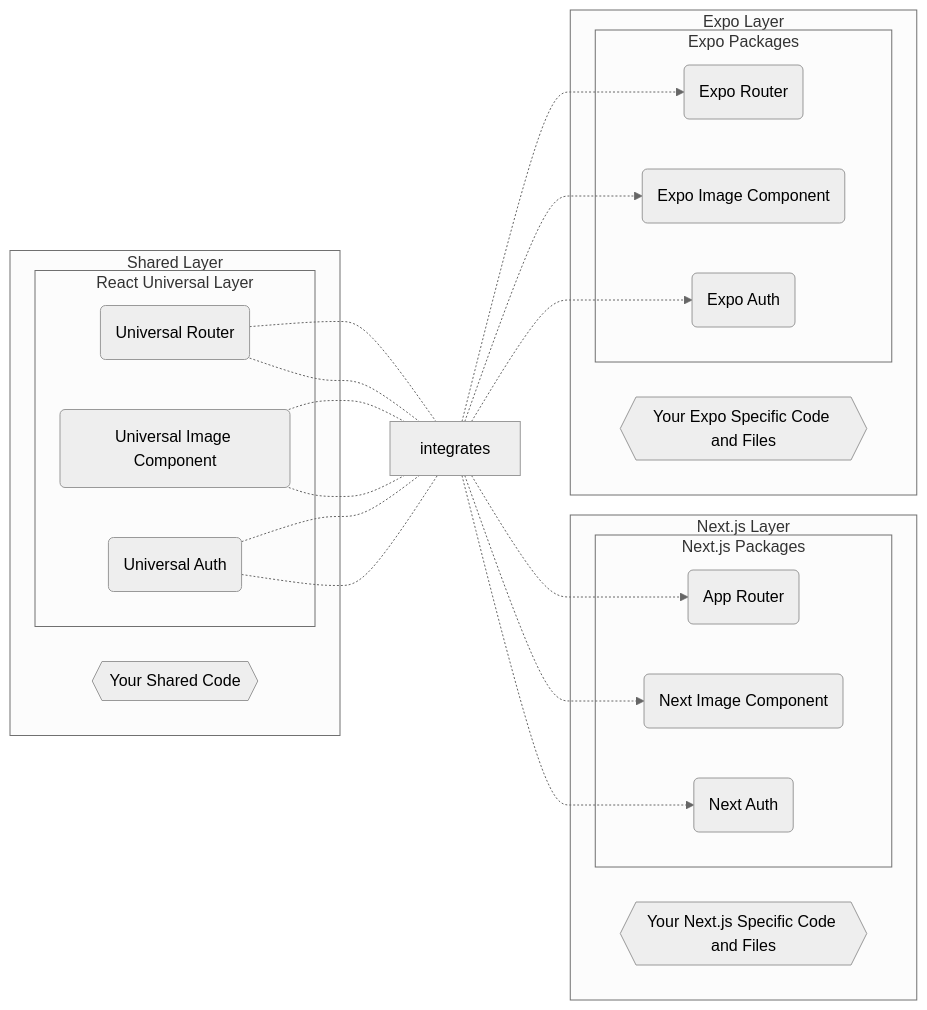
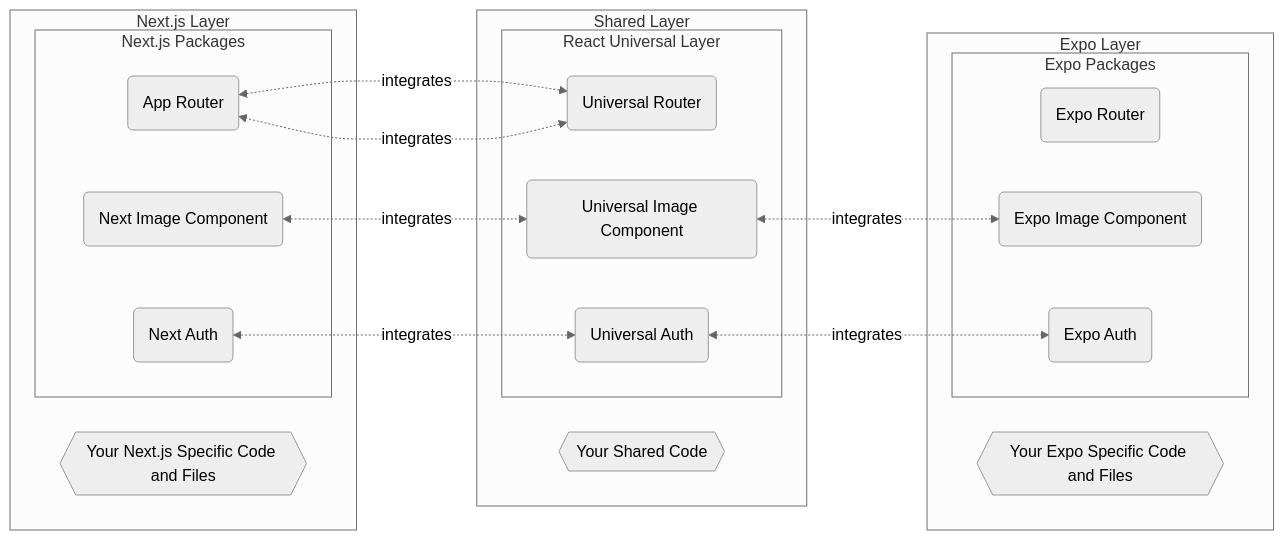
Before and after one commit to gloredo/react-blend: the diagram in README.md, drawn with Mermaid (neutral theme).

````diff
--- a/README.md
+++ b/README.md
@@ -43,52 +43,49 @@
 ```mermaid
 graph LR
 
 next-specific{{Your Next.js Specific Code and Files}}
 app-router(App Router)
 next-image(Next Image Component)
 next-auth(Next Auth)
 
 expo-specific{{Your Expo Specific Code and Files}}
 expo-router(Expo Router)
 expo-image(Expo Image Component)
 expo-auth(Expo Auth)
 
 shared-code{{Your Shared Code}}
 rul-router(Universal Router)    
 rul-image(Universal Image Component)    
 rul-auth(Universal Auth)
 
 subgraph Next.js Layer
     next-specific
     subgraph Next.js Packages
         app-router 
         next-image 
         next-auth
     end
 end
 
 subgraph Expo Layer
     expo-specific
     subgraph Expo Packages
         expo-router 
         expo-image
         expo-auth
     end
 end
 
 subgraph Shared Layer
     shared-code
     subgraph React Universal Layer
         rul-router 
         rul-image 
         rul-auth
     end 
 end
 
-rul-router .- integrates .-> app-router
-rul-router .- integrates .-> expo-router
-rul-image .- integrates .-> next-image
-rul-image .- integrates .-> expo-image
-rul-auth .- integrates .-> next-auth
-rul-auth .- integrates .-> expo-auth
+app-router <-. integrates .-> rul-router <-. integrates .-> app-router
+next-image <-. integrates .-> rul-image <-. integrates .-> expo-image
+next-auth <-. integrates .-> rul-auth <-. integrates .-> expo-auth
 ```
````
